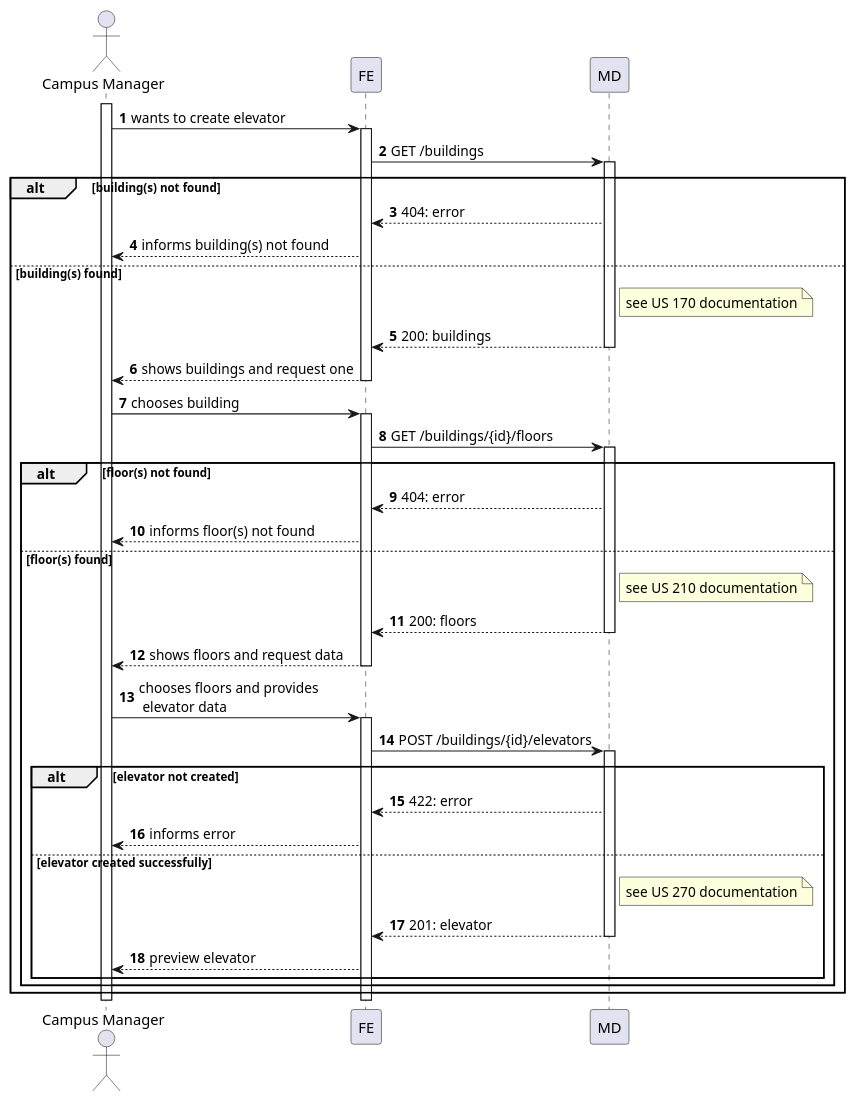
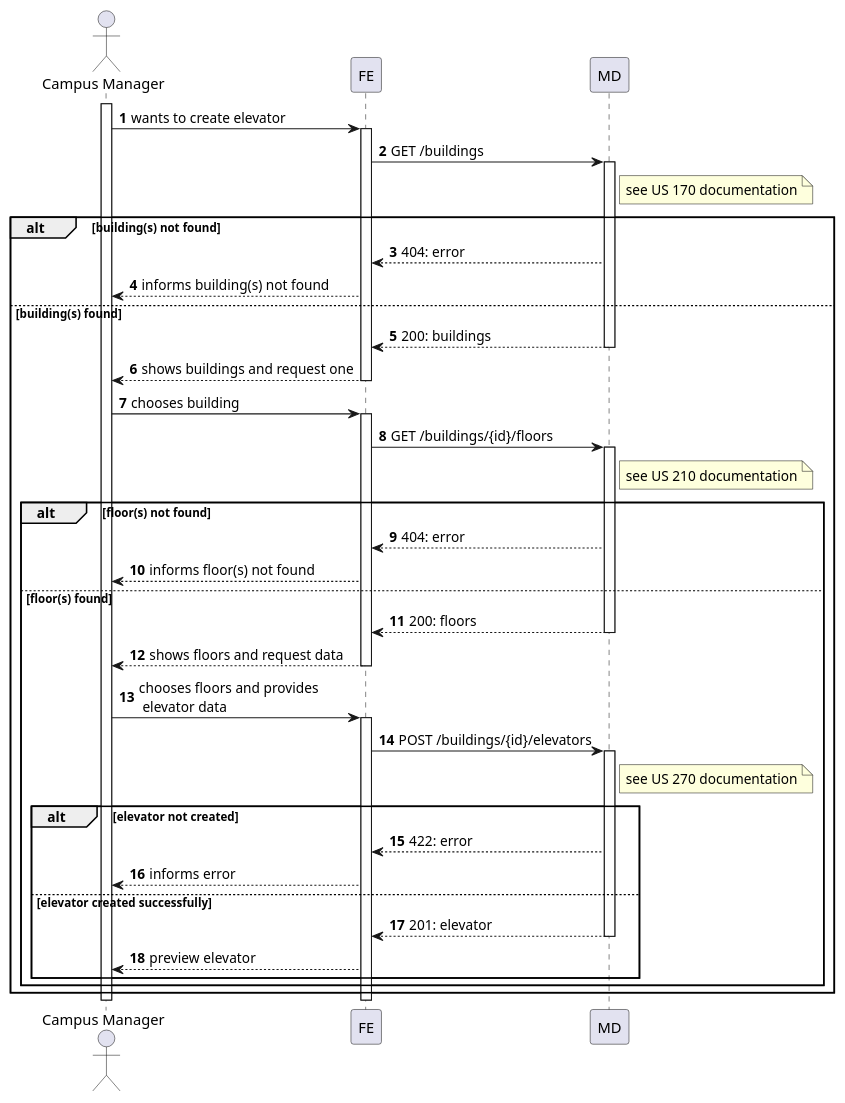
One commit to Departamento-de-Engenharia-Informatica/lapr5-23-24-g19 changed the diagram in docs/us1130/level2/process-view.puml. Above: the diagram before and after it, drawn with PlantUML. The commit also changed 13 other files, not shown here.

```diff
--- a/docs/us1130/level2/process-view.puml
+++ b/docs/us1130/level2/process-view.puml
@@ -1,64 +1,67 @@
 @startuml
 autonumber
 
 actor "Campus Manager" as usr
 
 participant "FE" as ui
 participant "MD" as md
 
 activate usr
     usr -> ui : wants to create elevator
     activate ui
         ui -> md : GET /buildings
+        note right of md : see US 170 documentation
         activate md
 
          alt building(s) not found
                 md --> ui : 404: error
                 ui --> usr :  informs building(s) not found
          else building(s) found
-            note right of md : see US 170 documentation
+
             md --> ui : 200: buildings
             deactivate md
 
         ui --> usr : shows buildings and request one
     deactivate ui
 
     usr -> ui : chooses building
     activate ui
         ui -> md : GET /buildings/{id}/floors
+        note right of md : see US 210 documentation
         activate md
 
         alt floor(s) not found
                 md --> ui : 404: error
                 ui --> usr :  informs floor(s) not found
         else floor(s) found
 
-            note right of md : see US 210 documentation
+
             md --> ui : 200: floors
         deactivate md
 
         ui --> usr : shows floors and request data
     deactivate ui
 
     usr -> ui: chooses floors and provides\n elevator data
     activate ui
         ui -> md : POST /buildings/{id}/elevators
+        note right of md : see US 270 documentation
         activate md
 
             alt elevator not created
                  md --> ui : 422: error
                  ui --> usr :  informs error
             else elevator created successfully
 
 
-            note right of md : see US 270 documentation
+
             md --> ui : 201: elevator
         deactivate md
         ui --> usr : preview elevator
         end
     end
 end
     deactivate ui
 deactivate usr
 
 @enduml
```
